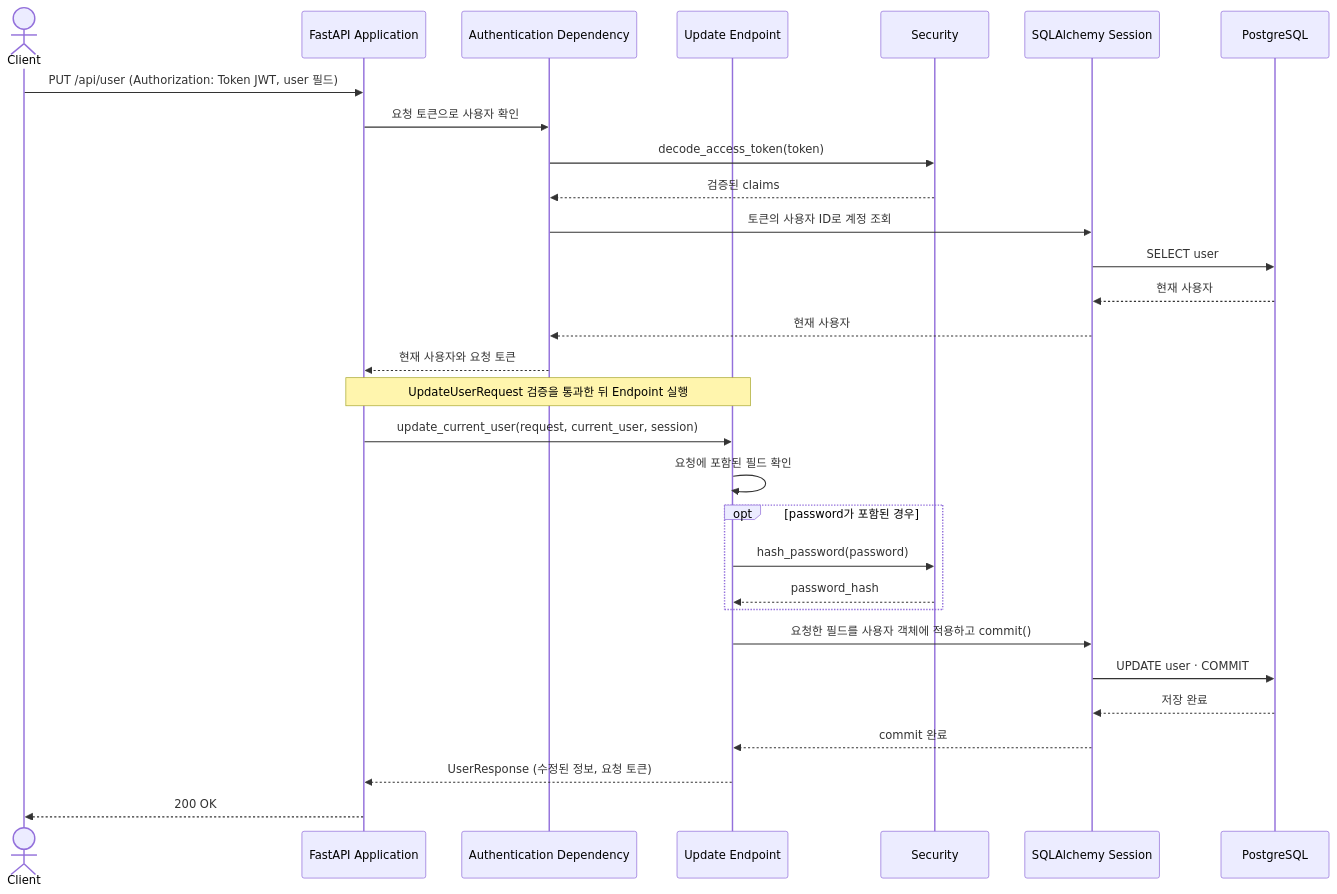
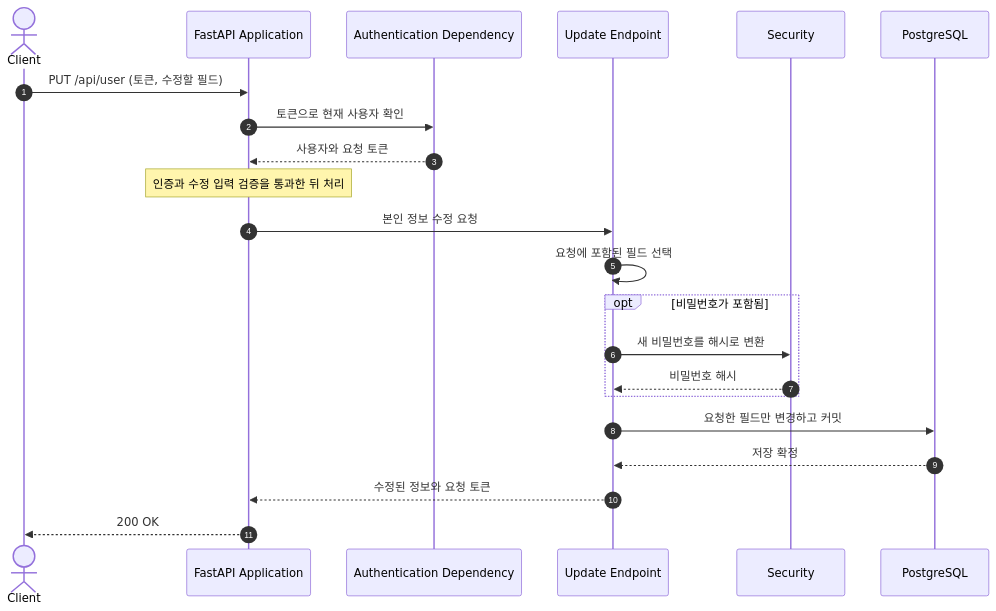
Before and after one commit to chahoseong/realworld-fastapi-backend: the diagram in docs/architecture/flows/user-update.md, drawn with Mermaid. The commit also changed other lines of this file and 11 other files, not shown here.

Commit message:
Refactor documentation for user flows: update component responsibilities, runtime views, and scenarios for comment, favorite, follow, public profile, user login, registration, retrieval, and update processes.

````diff
--- a/docs/architecture/flows/user-update.md
+++ b/docs/architecture/flows/user-update.md
@@ -21,33 +23,25 @@
 ```mermaid
 sequenceDiagram
+    autonumber
     actor Client
     participant App as FastAPI Application
     participant Auth as Authentication Dependency
     participant Endpoint as Update Endpoint
     participant Security
-    participant Session as SQLAlchemy Session
-    participant Database as PostgreSQL
+    participant DB as PostgreSQL
 
-    Client->>App: PUT /api/user (Authorization: Token JWT, user 필드)
-    App->>Auth: 요청 토큰으로 사용자 확인
-    Auth->>Security: decode_access_token(token)
-    Security-->>Auth: 검증된 claims
-    Auth->>Session: 토큰의 사용자 ID로 계정 조회
-    Session->>Database: SELECT user
-    Database-->>Session: 현재 사용자
-    Session-->>Auth: 현재 사용자
-    Auth-->>App: 현재 사용자와 요청 토큰
-    Note over App,Endpoint: UpdateUserRequest 검증을 통과한 뒤 Endpoint 실행
-    App->>Endpoint: update_current_user(request, current_user, session)
-    Endpoint->>Endpoint: 요청에 포함된 필드 확인
-    opt password가 포함된 경우
-        Endpoint->>Security: hash_password(password)
-        Security-->>Endpoint: password_hash
+    Client->>App: PUT /api/user (토큰, 수정할 필드)
+    App->>Auth: 토큰으로 현재 사용자 확인
+    Auth-->>App: 사용자와 요청 토큰
+    Note over App: 인증과 수정 입력 검증을 통과한 뒤 처리
+    App->>Endpoint: 본인 정보 수정 요청
+    Endpoint->>Endpoint: 요청에 포함된 필드 선택
+    opt 비밀번호가 포함됨
+        Endpoint->>Security: 새 비밀번호를 해시로 변환
+        Security-->>Endpoint: 비밀번호 해시
     end
-    Endpoint->>Session: 요청한 필드를 사용자 객체에 적용하고 commit()
-    Session->>Database: UPDATE user · COMMIT
-    Database-->>Session: 저장 완료
-    Session-->>Endpoint: commit 완료
-    Endpoint-->>App: UserResponse (수정된 정보, 요청 토큰)
+    Endpoint->>DB: 요청한 필드만 변경하고 커밋
+    DB-->>Endpoint: 저장 확정
+    Endpoint-->>App: 수정된 정보와 요청 토큰
     App-->>Client: 200 OK
 ```
````
